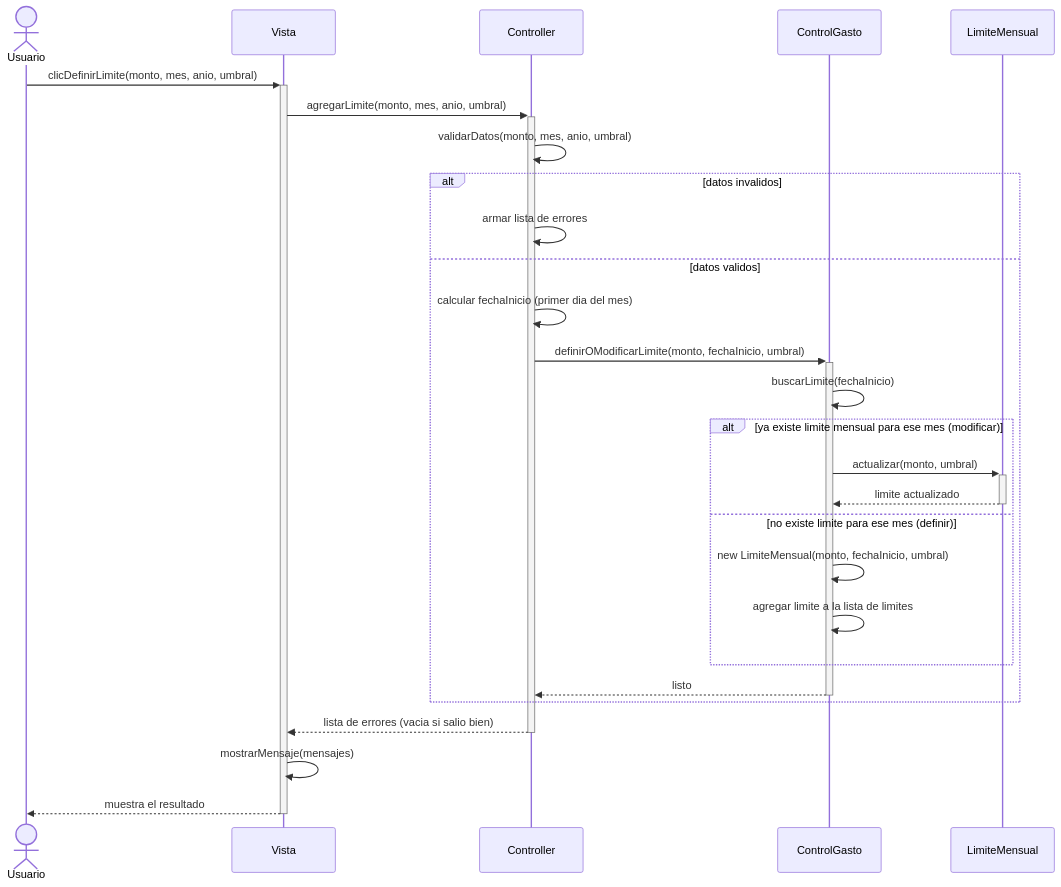
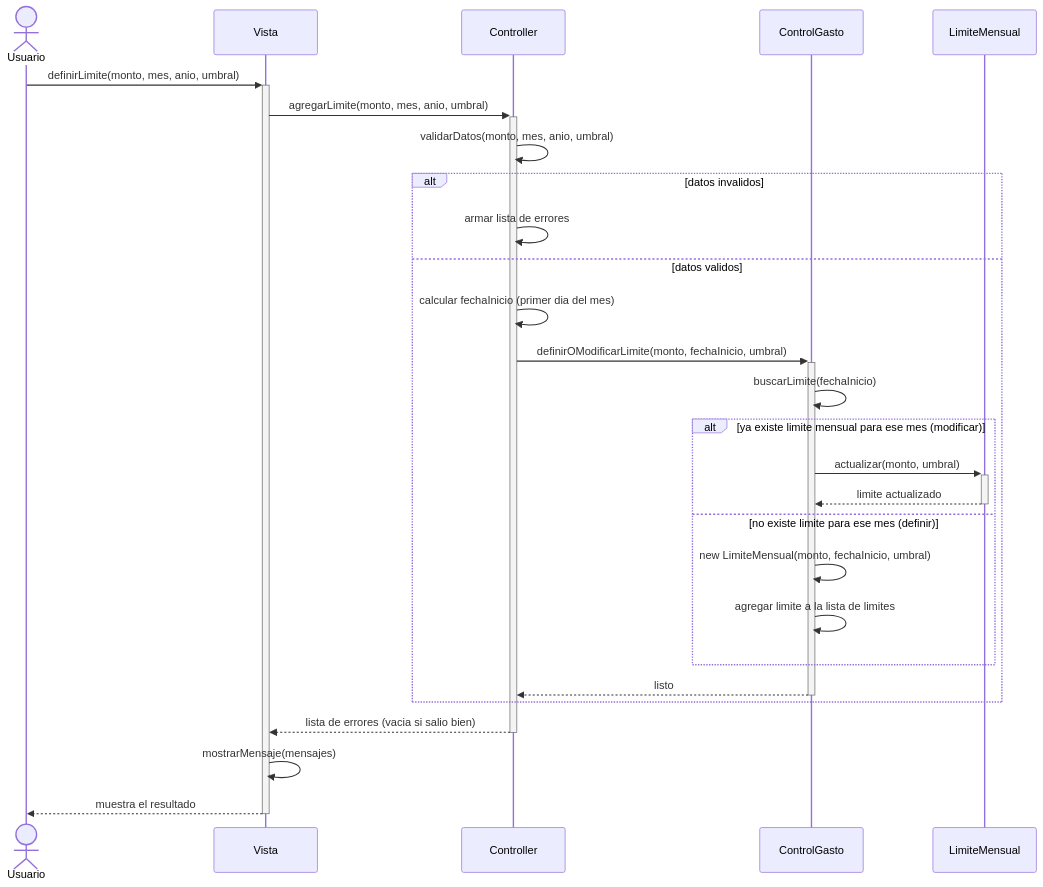
Before and after one commit to morenastolerman/Gestor-de-gastos: the diagram in Diagramas/CU5.md, drawn with Mermaid.

Commit message:
Rename clicDefinirLimite to definirLimite

````diff
--- a/Diagramas/CU5.md
+++ b/Diagramas/CU5.md
@@ -1,37 +1,37 @@
 ``` mermaid
 sequenceDiagram
     actor Usuario
     participant V as Vista
     participant C as Controller
     participant CG as ControlGasto
     participant LM as LimiteMensual
 
-    Usuario->>+V: clicDefinirLimite(monto, mes, anio, umbral)
+    Usuario->>+V: definirLimite(monto, mes, anio, umbral)
     V->>+C: agregarLimite(monto, mes, anio, umbral)
 
     C->>C: validarDatos(monto, mes, anio, umbral)
 
     alt datos invalidos
         C->>C: armar lista de errores
     else datos validos
         C->>C: calcular fechaInicio (primer dia del mes)
         C->>+CG: definirOModificarLimite(monto, fechaInicio, umbral)
 
         CG->>CG: buscarLimite(fechaInicio)
 
         alt ya existe limite mensual para ese mes (modificar)
             CG->>+LM: actualizar(monto, umbral)
             LM-->>-CG: limite actualizado
         else no existe limite para ese mes (definir)
             CG->>CG: new LimiteMensual(monto, fechaInicio, umbral)
             CG->>CG: agregar limite a la lista de limites
         end
 
         CG-->>-C: listo
     end
 
     C-->>-V: lista de errores (vacia si salio bien)
     V->>V: mostrarMensaje(mensajes)
     V-->>-Usuario: muestra el resultado
 
 ```
````
